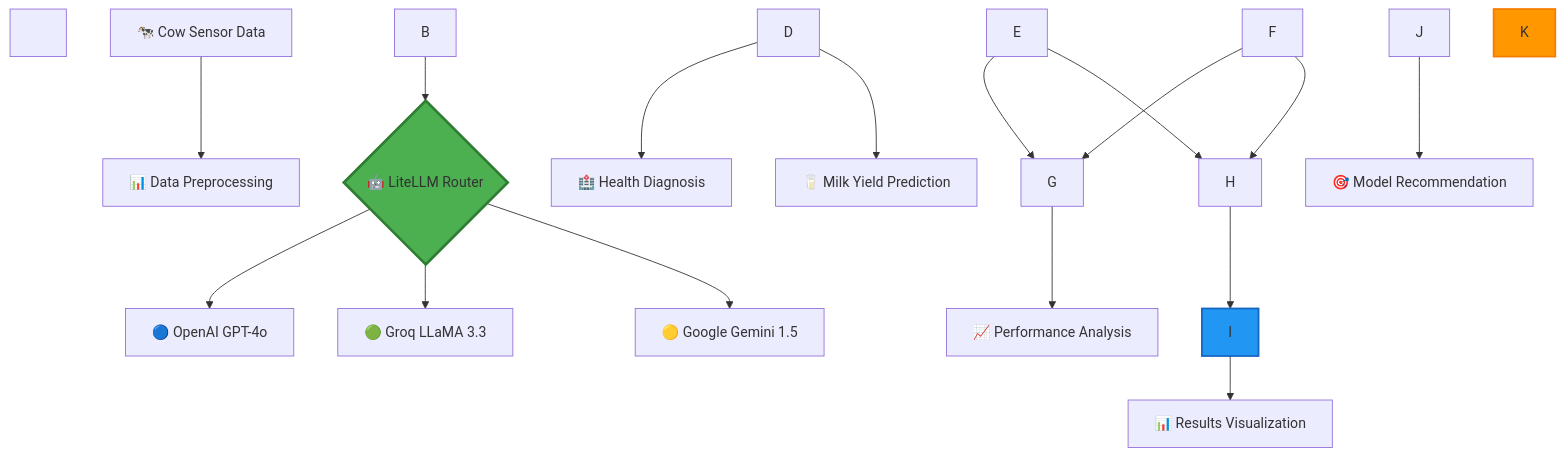
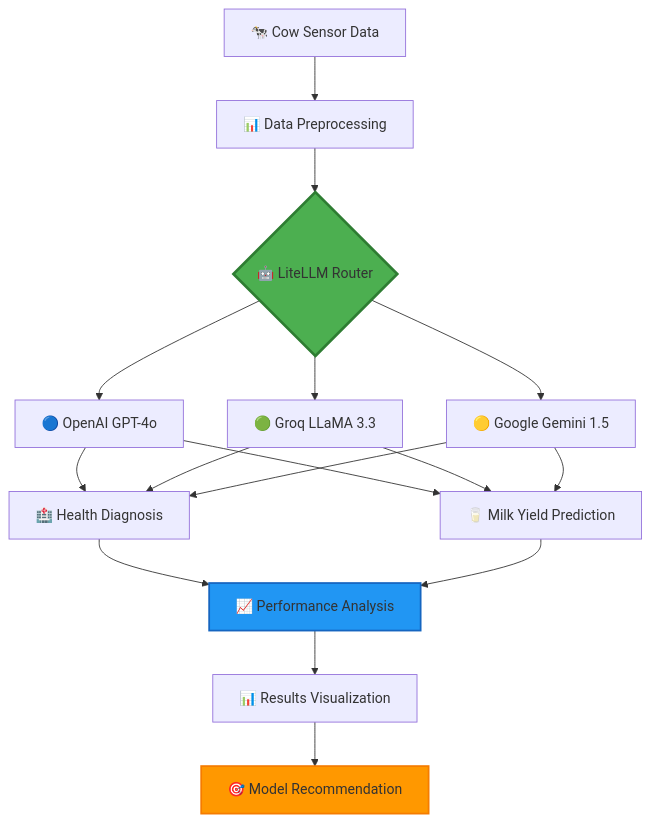
One commit to dhruvsh1997/LiteLLM-Experiments changed the third of 8 diagrams in README.MD. Above: the diagram before and after it, drawn with Mermaid. The commit also changed other lines of this file, not shown here.

````diff
--- a/README.MD
+++ b/README.MD
@@ -349,53 +180,27 @@
 ```mermaid
-
 flowchart TD
-
-&nbsp;   A\[🐄 Cow Sensor Data] --> B\[📊 Data Preprocessing]
-
-&nbsp;   B --> C{🤖 LiteLLM Router}
-
-&nbsp;   
-
-&nbsp;   C --> D\[🔵 OpenAI GPT-4o]
-
-&nbsp;   C --> E\[🟢 Groq LLaMA 3.3]
-
-&nbsp;   C --> F\[🟡 Google Gemini 1.5]
-
-&nbsp;   
-
-&nbsp;   D --> G\[🏥 Health Diagnosis]
-
-&nbsp;   E --> G
-
-&nbsp;   F --> G
-
-&nbsp;   
-
-&nbsp;   D --> H\[🥛 Milk Yield Prediction]
-
-&nbsp;   E --> H
-
-&nbsp;   F --> H
-
-&nbsp;   
-
-&nbsp;   G --> I\[📈 Performance Analysis]
-
-&nbsp;   H --> I
-
-&nbsp;   
-
-&nbsp;   I --> J\[📊 Results Visualization]
-
-&nbsp;   J --> K\[🎯 Model Recommendation]
-
-&nbsp;   
-
-&nbsp;   style C fill:#4CAF50,stroke:#2E7D32,stroke-width:3px
-
-&nbsp;   style I fill:#2196F3,stroke:#1565C0,stroke-width:2px
-
-&nbsp;   style K fill:#FF9800,stroke:#F57C00,stroke-width:2px
-
+    A[🐄 Cow Sensor Data] --> B[📊 Data Preprocessing]
+    B --> C{🤖 LiteLLM Router}
+    
+    C --> D[🔵 OpenAI GPT-4o]
+    C --> E[🟢 Groq LLaMA 3.3]
+    C --> F[🟡 Google Gemini 1.5]
+    
+    D --> G[🏥 Health Diagnosis]
+    E --> G
+    F --> G
+    
+    D --> H[🥛 Milk Yield Prediction]
+    E --> H
+    F --> H
+    
+    G --> I[📈 Performance Analysis]
+    H --> I
+    
+    I --> J[📊 Results Visualization]
+    J --> K[🎯 Model Recommendation]
+    
+    style C fill:#4CAF50,stroke:#2E7D32,stroke-width:3px
+    style I fill:#2196F3,stroke:#1565C0,stroke-width:2px
+    style K fill:#FF9800,stroke:#F57C00,stroke-width:2px
 ```
````
